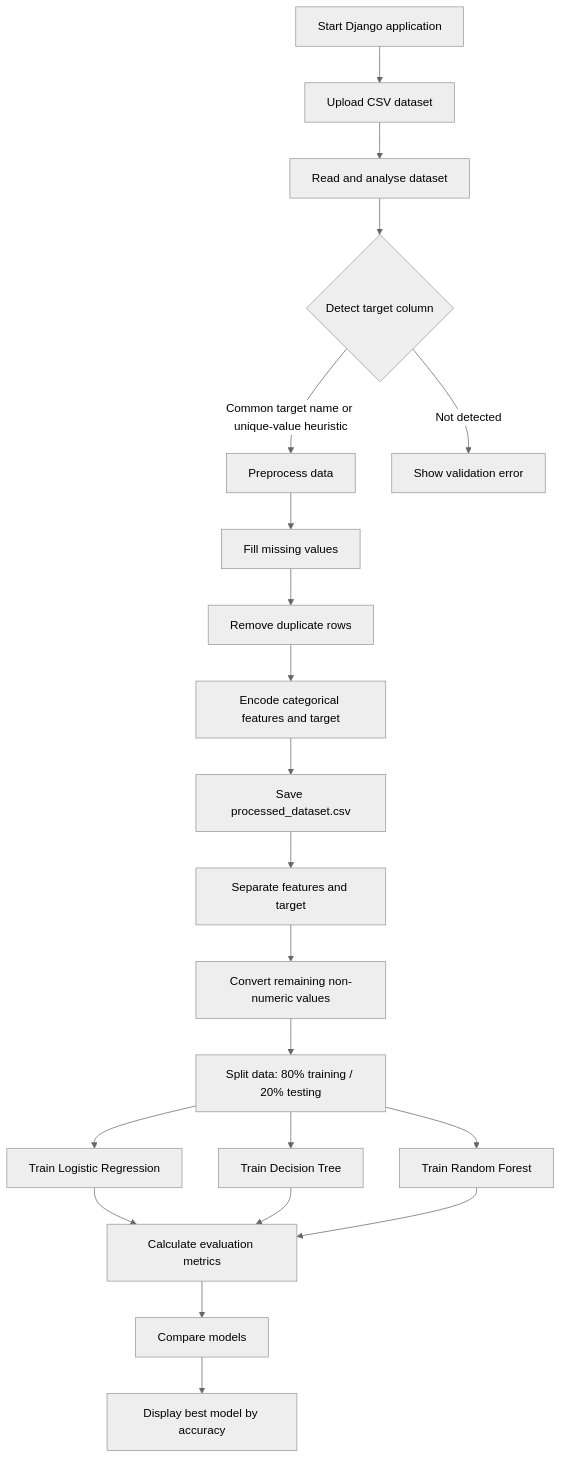
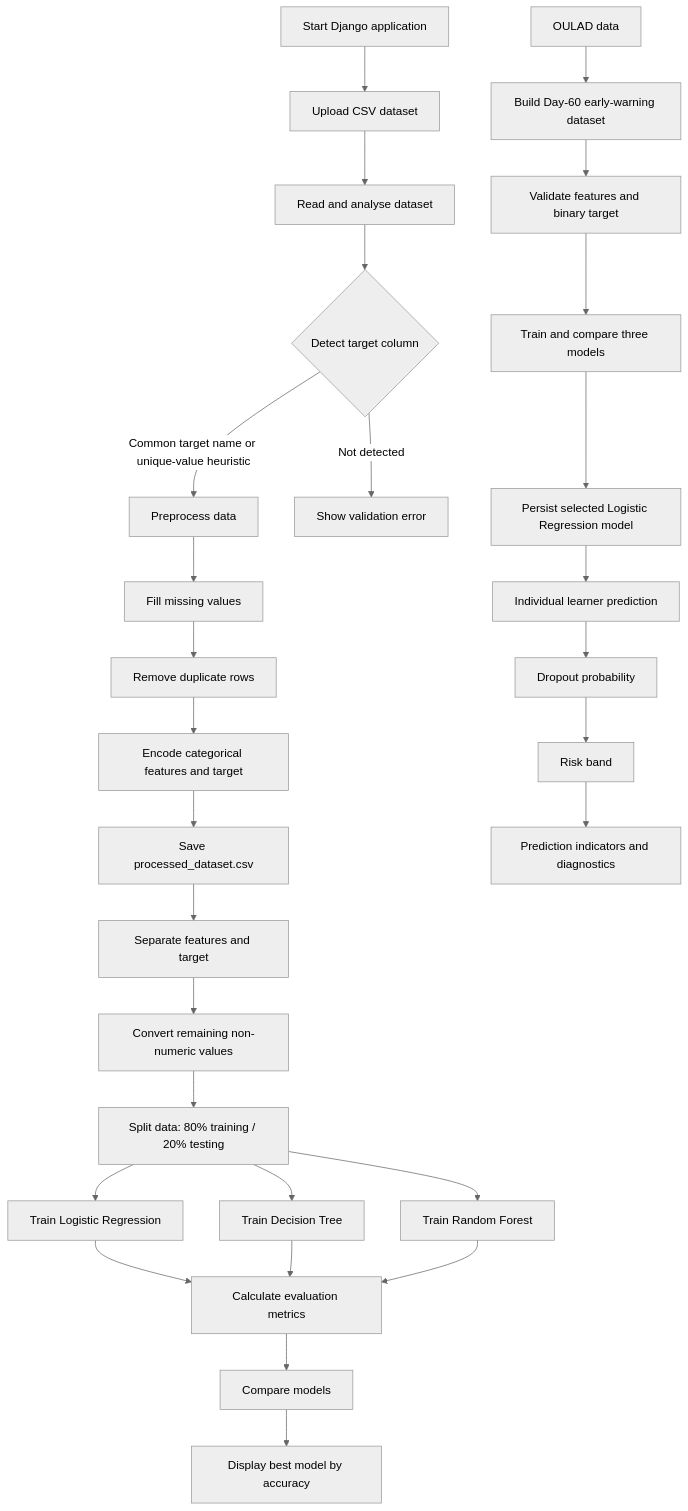
The diagram in README.md (bhoomicodess/PSAIAC_230_Predictive_Analytics_EdTech_Dropout_Prevention), drawn with Mermaid (neutral theme) before and after one commit. The commit also changed other lines of this file and 14 other files, not shown here.

Commit message:
feat: complete dropout prediction workflow and dashboard updates

````diff
--- a/README.md
+++ b/README.md
@@ -11,23 +11,32 @@
 ```mermaid
 flowchart TD
 	A[Start Django application] --> B[Upload CSV dataset]
 	B --> C[Read and analyse dataset]
 	C --> D{Detect target column}
 	D -- Common target name or unique-value heuristic --> E[Preprocess data]
 	D -- Not detected --> X[Show validation error]
 	E --> F[Fill missing values]
 	F --> G[Remove duplicate rows]
 	G --> H[Encode categorical features and target]
 	H --> I[Save processed_dataset.csv]
 	I --> J[Separate features and target]
 	J --> K[Convert remaining non-numeric values]
 	K --> L[Split data: 80% training / 20% testing]
 	L --> M[Train Logistic Regression]
 	L --> N[Train Decision Tree]
 	L --> O[Train Random Forest]
 	M --> P[Calculate evaluation metrics]
 	N --> P
 	O --> P
 	P --> Q[Compare models]
 	Q --> R[Display best model by accuracy]
+
+	EW1[OULAD data] --> EW2[Build Day-60 early-warning dataset]
+	EW2 --> EW3[Validate features and binary target]
+	EW3 --> EW4[Train and compare three models]
+	EW4 --> EW5[Persist selected Logistic Regression model]
+	EW5 --> EW6[Individual learner prediction]
+	EW6 --> EW7[Dropout probability]
+	EW7 --> EW8[Risk band]
+	EW8 --> EW9[Prediction indicators and diagnostics]
 ```
````
